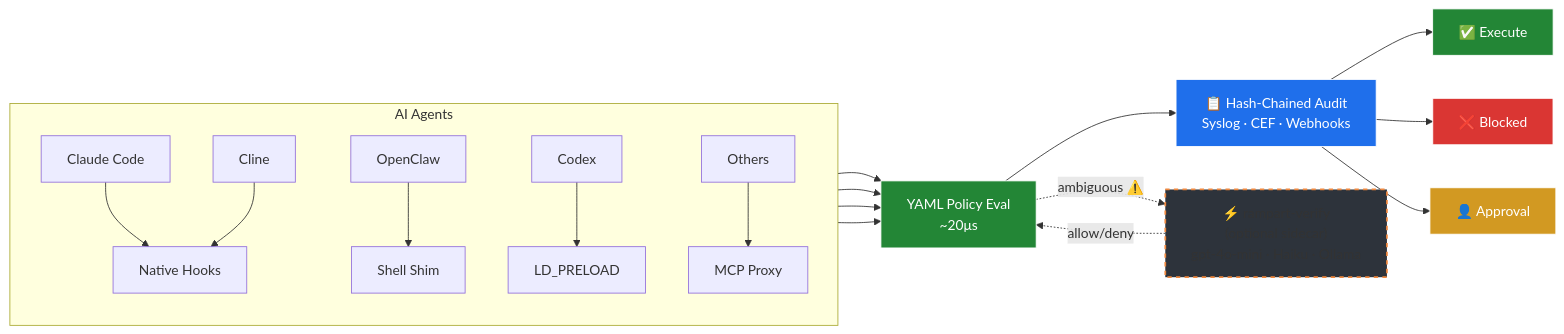
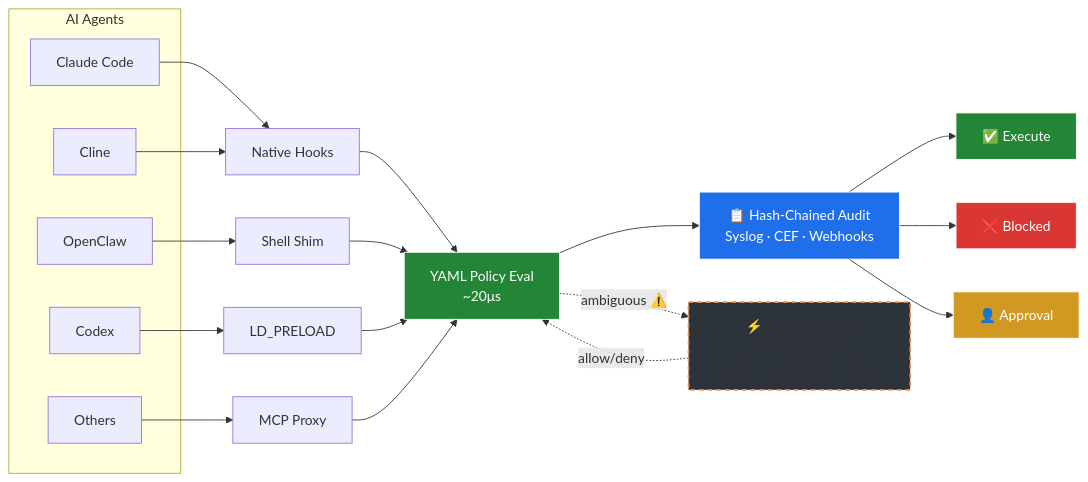
The first of 2 diagrams in README.md (peg/rampart), drawn with Mermaid before and after one commit.

Commit message:
docs: separate agents box from integration methods

````diff
--- a/README.md
+++ b/README.md
@@ -21,28 +21,33 @@
 ```mermaid
 graph LR
     subgraph "AI Agents"
-        direction TB
-        CC[Claude Code] & CL[Cline] --> H[Native Hooks]
-        OC[OpenClaw] --> S[Shell Shim]
-        CX[Codex] --> P[LD_PRELOAD]
-        O[Others] --> M[MCP Proxy]
+        CC[Claude Code]
+        CL[Cline]
+        OC[OpenClaw]
+        CX[Codex]
+        O[Others]
     end
+
+    CC & CL --> H[Native Hooks]
+    OC --> S[Shell Shim]
+    CX --> P[LD_PRELOAD]
+    O --> M[MCP Proxy]
 
     H & S & P & M --> PE[YAML Policy Eval<br/>~20μs]
 
     PE --> AU[📋 Hash-Chained Audit<br/>Syslog · CEF · Webhooks]
 
     AU --> PASS[✅ Execute]
     AU --> BLOCK[❌ Blocked]
     AU --> APR[👤 Approval]
 
     PE -. "ambiguous ⚠️" .-> SB["⚡ rampart-verify<br/>(optional sidecar)<br/>gpt-4o-mini · Haiku · Ollama"]
     SB -. allow/deny .-> PE
 
     style PE fill:#238636,stroke:#fff,color:#fff
     style AU fill:#1f6feb,stroke:#fff,color:#fff
     style BLOCK fill:#da3633,stroke:#fff,color:#fff
     style APR fill:#d29922,stroke:#fff,color:#fff
     style PASS fill:#238636,stroke:#fff,color:#fff
     style SB fill:#2d333b,stroke:#f0883e,stroke-width:2px,stroke-dasharray: 5 5
 ```
````
